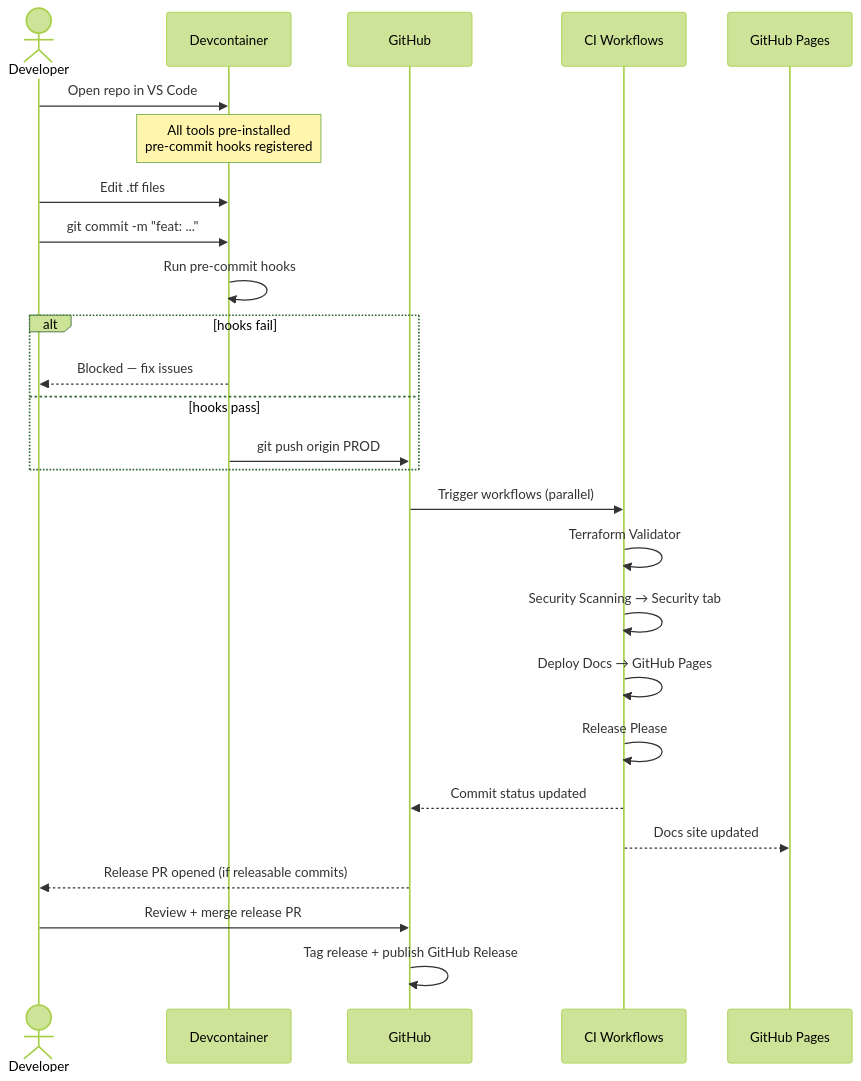
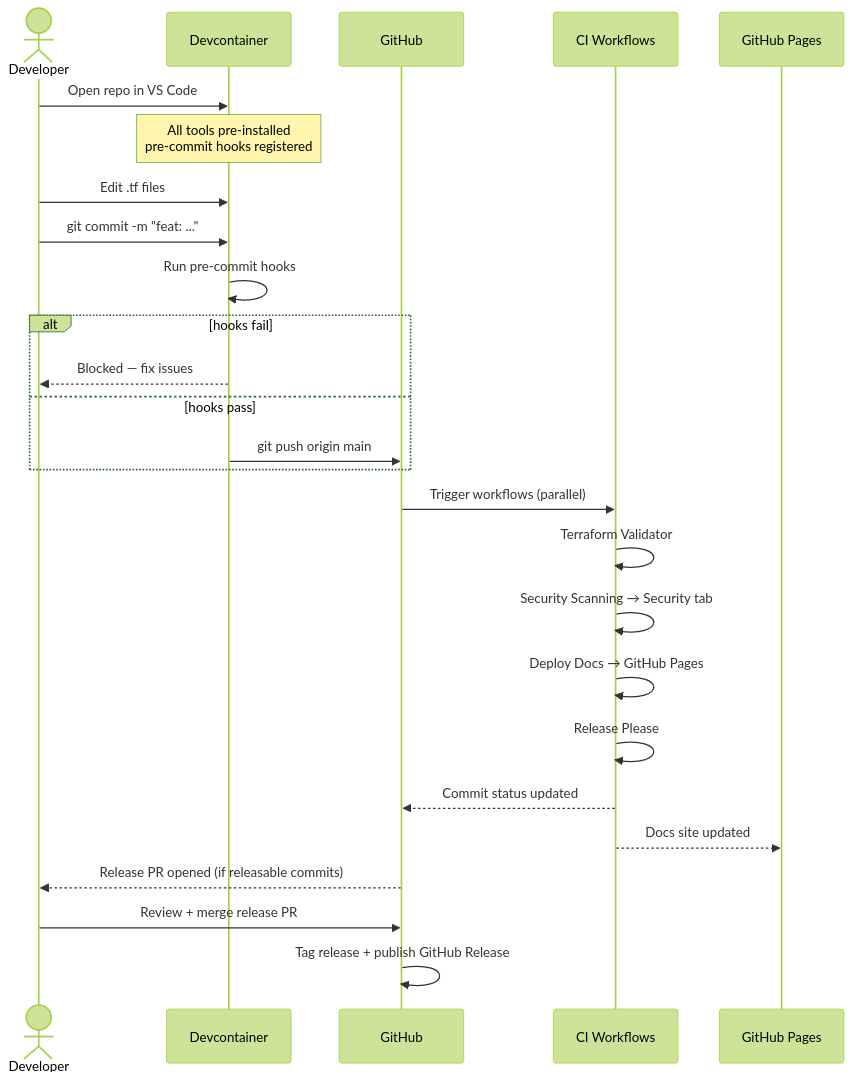
The second of 4 diagrams in docs/architecture.md (nwarila-platform/proxmox-vm-terraform-framework), drawn with Mermaid (forest theme) before and after one commit. The commit also changed other lines of this file and 13 other files, not shown here.

Commit message:
ci: migrate all branch references from PROD to main

````diff
--- a/docs/architecture.md
+++ b/docs/architecture.md
@@ -72,33 +72,33 @@
 ```mermaid
 sequenceDiagram
     actor Dev as Developer
     participant DC as Devcontainer
     participant GH as GitHub
     participant CI as CI Workflows
     participant Pages as GitHub Pages
 
     Dev->>DC: Open repo in VS Code
     Note over DC: All tools pre-installed<br/>pre-commit hooks registered
 
     Dev->>DC: Edit .tf files
     Dev->>DC: git commit -m "feat: ..."
     DC->>DC: Run pre-commit hooks
     alt hooks fail
         DC-->>Dev: Blocked — fix issues
     else hooks pass
-        DC->>GH: git push origin PROD
+        DC->>GH: git push origin main
     end
 
     GH->>CI: Trigger workflows (parallel)
     CI->>CI: Terraform Validator
     CI->>CI: Security Scanning → Security tab
     CI->>CI: Deploy Docs → GitHub Pages
     CI->>CI: Release Please
 
     CI-->>GH: Commit status updated
     CI-->>Pages: Docs site updated
     GH-->>Dev: Release PR opened (if releasable commits)
 
     Dev->>GH: Review + merge release PR
     GH->>GH: Tag release + publish GitHub Release
 ```
````
